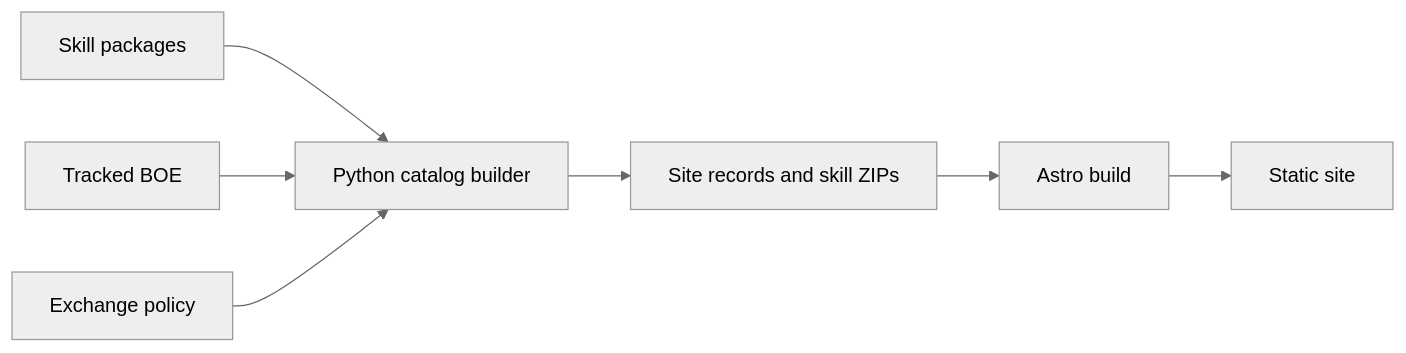
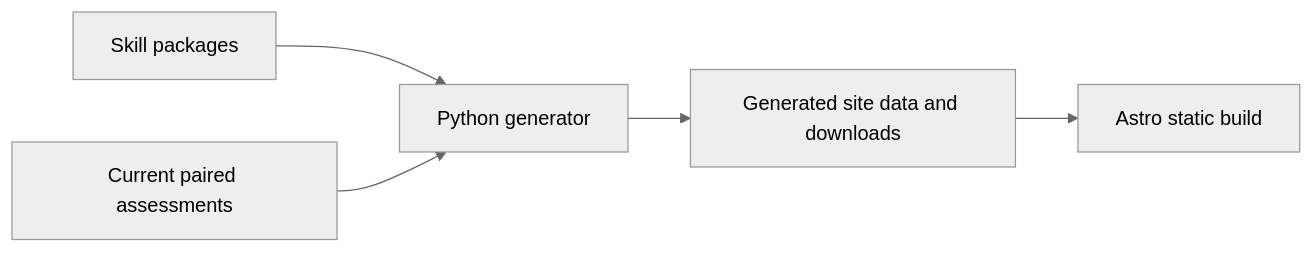
One commit to Code-dot-mil/SkLC changed the diagram in docs/architecture.md. Above: the diagram before and after it, drawn with Mermaid (neutral theme). The commit also changed other lines of this file and 196 other files, not shown here.

First line of the commit message:
refactor(catalog): build flat skills from current adjudicated evidence

````diff
--- a/docs/architecture.md
+++ b/docs/architecture.md
@@ -9,9 +9,7 @@
 ```mermaid
 flowchart LR
-  skills[Skill packages] --> builder[Python catalog builder]
-  evidence[Tracked BOE] --> builder
-  policy[Exchange policy] --> builder
-  builder --> data[Site records and skill ZIPs]
-  data --> astro[Astro build]
-  astro --> site[Static site]
+  skills[Skill packages] --> builder[Python generator]
+  evidence[Current paired assessments] --> builder
+  builder --> data[Generated site data and downloads]
+  data --> astro[Astro static build]
 ```
````
